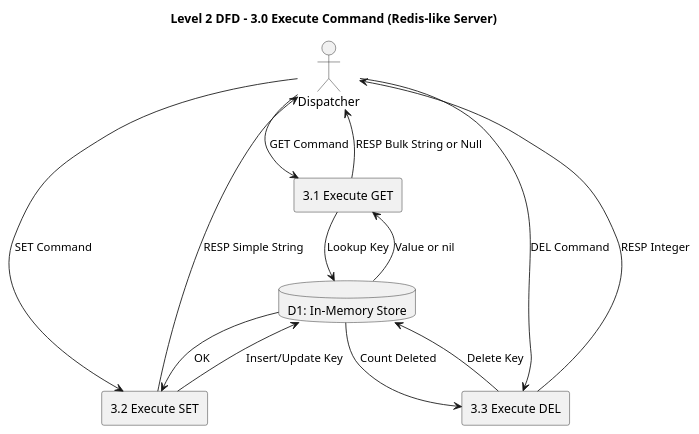
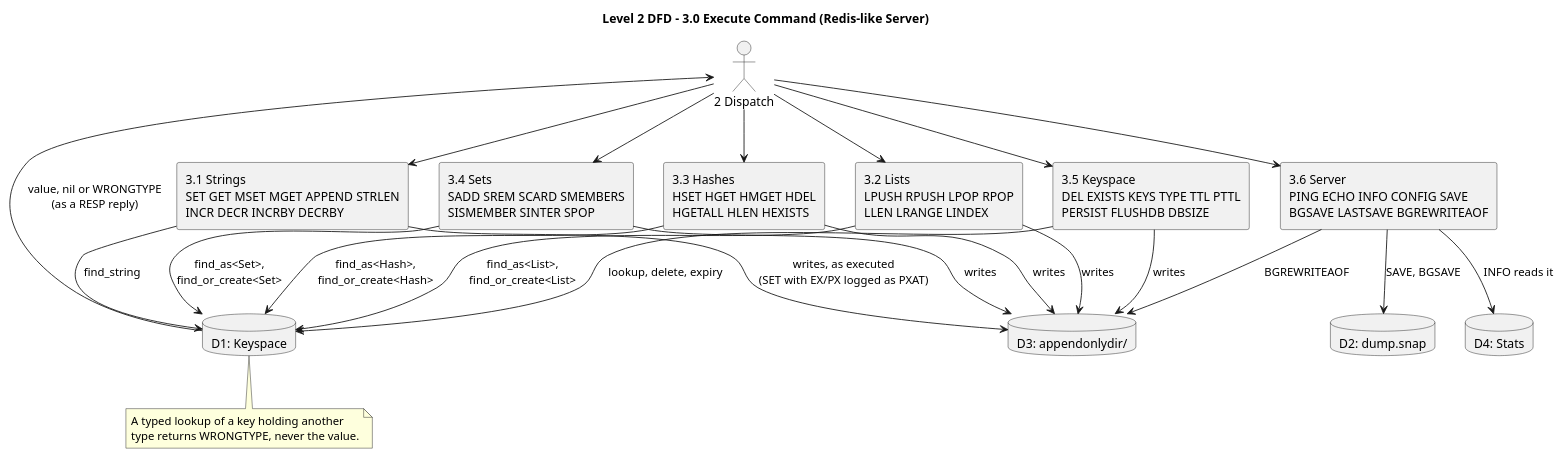
The diagram in docs/analysis/diagrams/dfd_execute.puml (sleepyviper1213/redis), drawn with PlantUML before and after one commit. The commit also changed 14 other files, not shown here.

Commit message:
[docs] spec: SRS revision 4, diagrams matching the code

```diff
--- a/docs/analysis/diagrams/dfd_execute.puml
+++ b/docs/analysis/diagrams/dfd_execute.puml
@@ -1,34 +1,47 @@
 @startuml
 title Level 2 DFD - 3.0 Execute Command (Redis-like Server)
 
-actor "Dispatcher" as Dispatcher
+actor "2 Dispatch" as Dispatcher
 
-' Sub-processes
-rectangle "3.1 Execute GET" as GET
-rectangle "3.2 Execute SET" as SET
-rectangle "3.3 Execute DEL" as DEL
+rectangle "3.1 Strings\nSET GET MSET MGET APPEND STRLEN\nINCR DECR INCRBY DECRBY" as Strings
+rectangle "3.2 Lists\nLPUSH RPUSH LPOP RPOP\nLLEN LRANGE LINDEX" as Lists
+rectangle "3.3 Hashes\nHSET HGET HMGET HDEL\nHGETALL HLEN HEXISTS" as Hashes
+rectangle "3.4 Sets\nSADD SREM SCARD SMEMBERS\nSISMEMBER SINTER SPOP" as Sets
+rectangle "3.5 Keyspace\nDEL EXISTS KEYS TYPE TTL PTTL\nPERSIST FLUSHDB DBSIZE" as Keys
+rectangle "3.6 Server\nPING ECHO INFO CONFIG SAVE\nBGSAVE LASTSAVE BGREWRITEAOF" as ServerCmds
 
-' Data Store
-database "D1: In-Memory Store" as Store
+database "D1: Keyspace" as Store
+database "D3: appendonlydir/" as Aof
+database "D2: dump.snap" as Snapshot
+database "D4: Stats" as Stats
 
-' Flow from Dispatcher
-Dispatcher --> GET : GET Command
-Dispatcher --> SET : SET Command
-Dispatcher --> DEL : DEL Command
+Dispatcher --> Strings
+Dispatcher --> Lists
+Dispatcher --> Hashes
+Dispatcher --> Sets
+Dispatcher --> Keys
+Dispatcher --> ServerCmds
 
-' GET
-GET --> Store : Lookup Key
-Store --> GET : Value or nil
-GET --> Dispatcher : RESP Bulk String or Null
+Strings --> Store : find_string
+Lists --> Store : find_as<List>,\nfind_or_create<List>
+Hashes --> Store : find_as<Hash>,\nfind_or_create<Hash>
+Sets --> Store : find_as<Set>,\nfind_or_create<Set>
+Keys --> Store : lookup, delete, expiry
+Store --> Dispatcher : value, nil or WRONGTYPE\n(as a RESP reply)
 
-' SET
-SET --> Store : Insert/Update Key
-Store --> SET : OK
-SET --> Dispatcher : RESP Simple String
+Strings --> Aof : writes, as executed\n(SET with EX/PX logged as PXAT)
+Lists --> Aof : writes
+Hashes --> Aof : writes
+Sets --> Aof : writes
+Keys --> Aof : writes
 
-' DEL
-DEL --> Store : Delete Key
-Store --> DEL : Count Deleted
-DEL --> Dispatcher : RESP Integer
+ServerCmds --> Snapshot : SAVE, BGSAVE
+ServerCmds --> Aof : BGREWRITEAOF
+ServerCmds --> Stats : INFO reads it
+
+note bottom of Store
+  A typed lookup of a key holding another
+  type returns WRONGTYPE, never the value.
+end note
 
 @enduml
```
